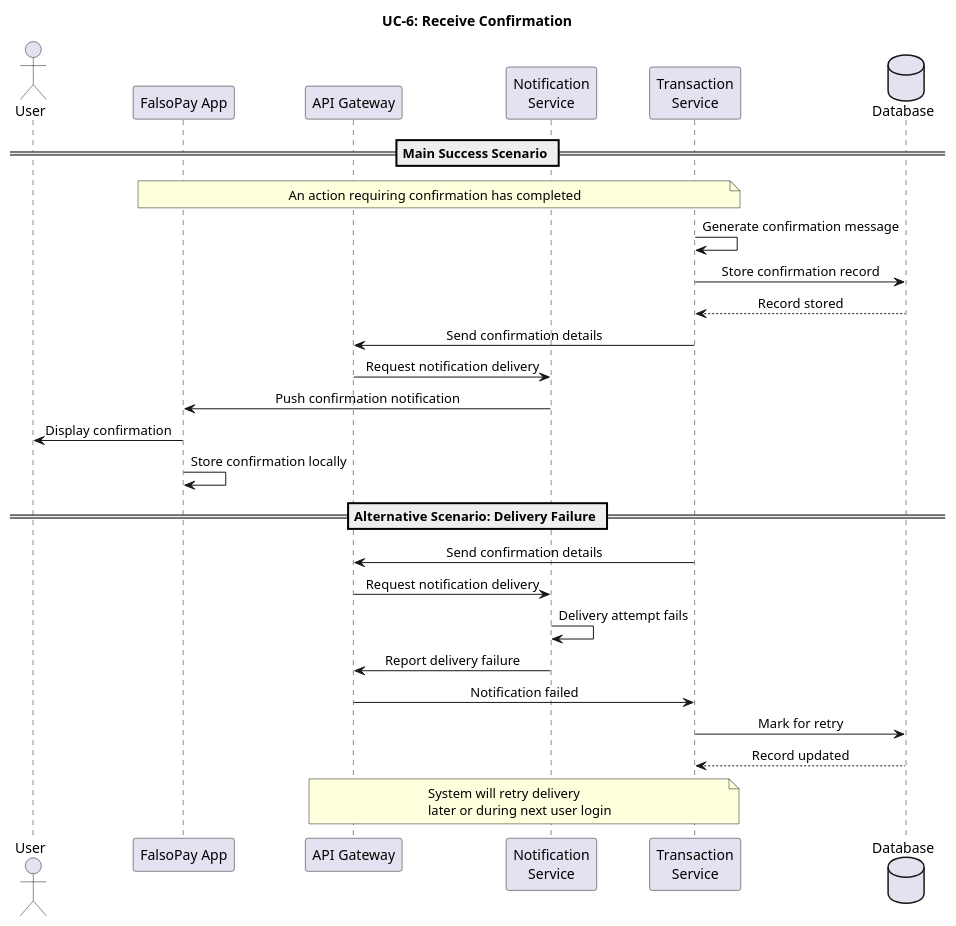
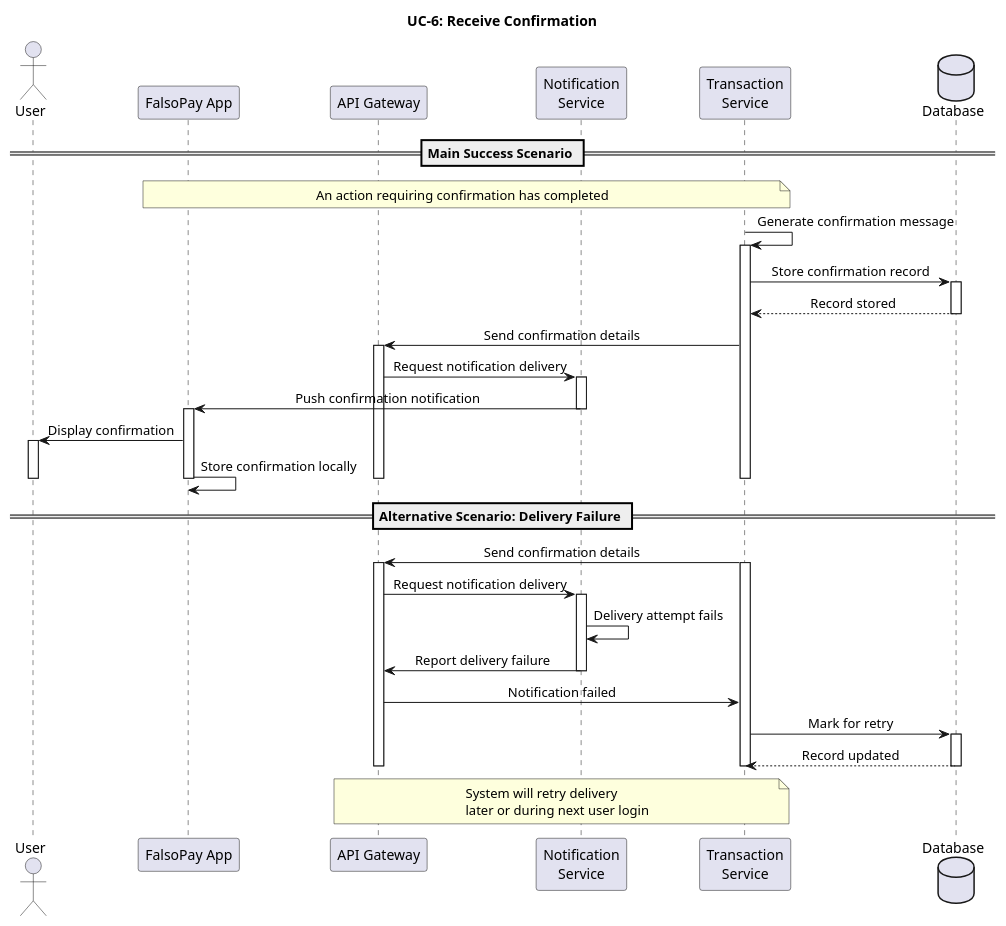
The diagram in docs/design/sequence-diagrams/UC6-ReceiveConfirmation.puml (Adhamzineldin/Falsopay), drawn with PlantUML before and after one commit. The commit also changed 8 other files, not shown here.

```diff
--- a/docs/design/sequence-diagrams/UC6-ReceiveConfirmation.puml
+++ b/docs/design/sequence-diagrams/UC6-ReceiveConfirmation.puml
@@ -1,43 +1,60 @@
-@startuml UC6-ReceiveConfirmation
+@startuml UC6-ReceiveConfirmation 
 
 skinparam sequenceMessageAlign center
 skinparam backgroundColor white
 skinparam handwritten false
 
 title "UC-6: Receive Confirmation"
 
 actor "User" as user
 participant "FalsoPay App" as app
 participant "API Gateway" as gateway
 participant "Notification\nService" as notifService
 participant "Transaction\nService" as txnService
 database "Database" as db
 
 == Main Success Scenario ==
 
 note over app, txnService: An action requiring confirmation has completed
 
 txnService -> txnService: Generate confirmation message
+activate txnService
 txnService -> db: Store confirmation record
+activate db
 db --> txnService: Record stored
-
+deactivate db
 txnService -> gateway: Send confirmation details
+activate gateway
 gateway -> notifService: Request notification delivery
+activate notifService
 notifService -> app: Push confirmation notification
-
+deactivate notifService
+activate app
 app -> user: Display confirmation
+activate user
 app -> app: Store confirmation locally
+deactivate user
+deactivate app
+deactivate gateway
+deactivate txnService
 
 == Alternative Scenario: Delivery Failure ==
 
 txnService -> gateway: Send confirmation details
+activate gateway
+activate txnService
 gateway -> notifService: Request notification delivery
+activate notifService
 notifService -> notifService: Delivery attempt fails
 notifService -> gateway: Report delivery failure
+deactivate notifService
 gateway -> txnService: Notification failed
 txnService -> db: Mark for retry
+activate db
 db --> txnService: Record updated
-
+deactivate db
+deactivate gateway
+deactivate txnService
 note over txnService, gateway: System will retry delivery \nlater or during next user login
 
-@enduml 
+@enduml
```
